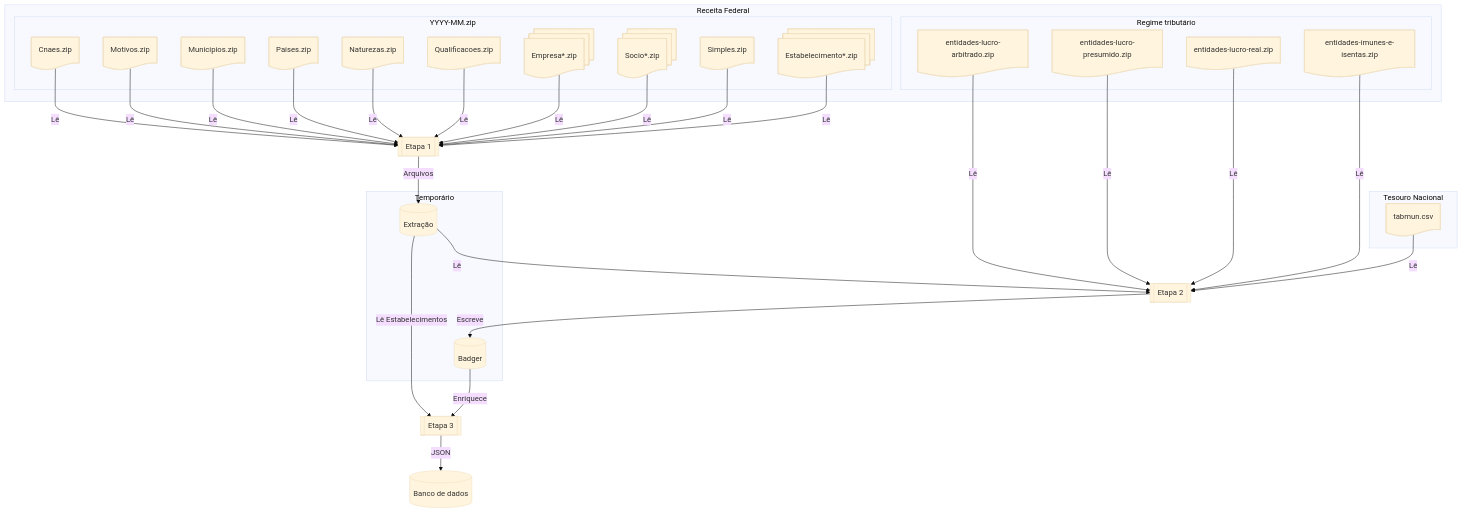
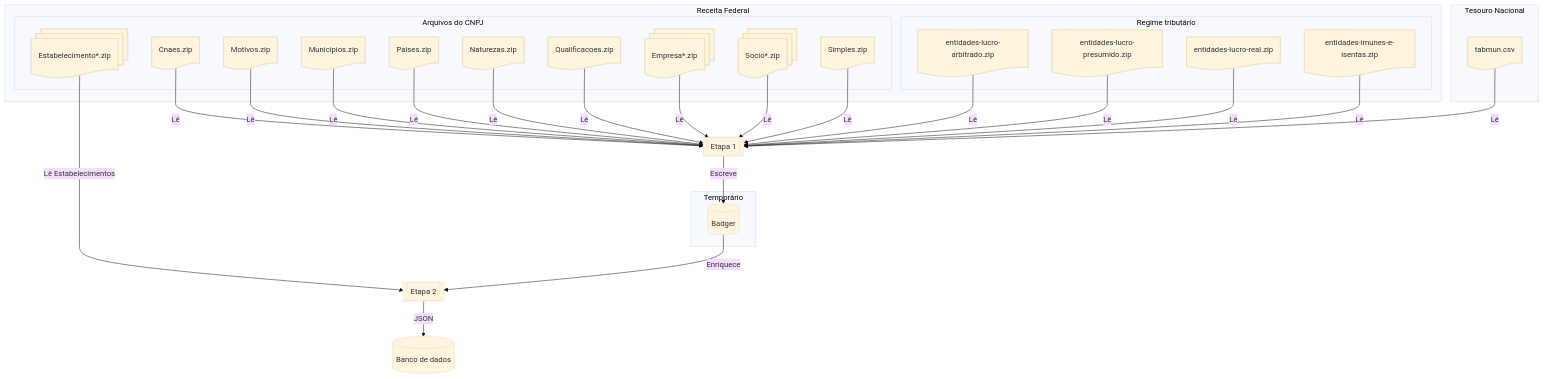
Before and after one commit to ricardops34/minhareceita: the diagram in docs/contributing/etl.md, drawn with Mermaid (base theme). The commit also changed other lines of this file and 35 other files, not shown here.

````diff
--- a/docs/contributing/etl.md
+++ b/docs/contributing/etl.md
@@ -53,61 +53,55 @@
 ```mermaid
 flowchart
     subgraph RFB ["Receita Federal"]
-        subgraph D ["YYYY-MM.zip"]
+        subgraph D ["Arquivos do CNPJ"]
             Est@{ shape: docs, label: "Estabelecimento*.zip"}
             Emp@{ shape: docs, label: "Empresa*.zip"}
             Soc@{ shape: docs, label: "Socio*.zip"}
             Sim@{ shape: doc, label: "Simples.zip"}
             Cna@{ shape: doc, label: "Cnaes.zip"}
             Mot@{ shape: doc, label: "Motivos.zip"}
             Mun@{ shape: doc, label: "Municipios.zip"}
             Pai@{ shape: doc, label: "Paises.zip"}
             Nat@{ shape: doc, label: "Naturezas.zip"}
             Qua@{ shape: doc, label: "Qualificacoes.zip"}
         end
         subgraph RT ["Regime tributário"]
             LuA@{ shape: doc, label: "entidades-lucro-arbitrado.zip"}
             LuP@{ shape: doc, label: "entidades-lucro-presumido.zip"}
             LuR@{ shape: doc, label: "entidades-lucro-real.zip"}
             IeI@{ shape: doc, label: "entidades-imunes-e-isentas.zip"}
         end
     end
 
     subgraph T ["Tesouro Nacional"]
         Tab@{ shape: doc, label: "tabmun.csv"}
     end
 
     subgraph TMP ["Temporário"]
-      Ext@{ shape: db, label: "Extração" }
       Bad@{ shape: db, label: "Badger" }
     end
 
     ETL1@{ shape: subproc, label: "Etapa 1" }
     ETL2@{ shape: subproc, label: "Etapa 2" }
-    ETL3@{ shape: subproc, label: "Etapa 3" }
     DB@{ shape: db, label: "Banco de dados" }
 
     Cna -->|Lê| ETL1
     Mot -->|Lê| ETL1
     Mun -->|Lê| ETL1
     Pai -->|Lê| ETL1
     Nat -->|Lê| ETL1
     Qua -->|Lê| ETL1
     Emp -->|Lê| ETL1
     Soc -->|Lê| ETL1
     Sim -->|Lê| ETL1
-    Est -->|Lê| ETL1
-    ETL1 -->|Arquivos| Ext
+    LuA -->|Lê| ETL1
+    LuP -->|Lê| ETL1
+    LuR -->|Lê| ETL1
+    IeI -->|Lê| ETL1
+    Tab -->|Lê| ETL1
+    ETL1 -->|Escreve| Bad
 
-    Ext -->|Lê| ETL2
-    LuA -->|Lê| ETL2
-    LuP -->|Lê| ETL2
-    LuR -->|Lê| ETL2
-    IeI -->|Lê| ETL2
-    Tab -->|Lê| ETL2
-    ETL2 -->|Escreve| Bad
-
-    Ext -->|Lê Estabelecimentos| ETL3
-    Bad -->|Enriquece| ETL3
-    ETL3 -->|JSON| DB
+    Est -->|Lê Estabelecimentos| ETL2
+    Bad -->|Enriquece| ETL2
+    ETL2 -->|JSON| DB
 ```
````
